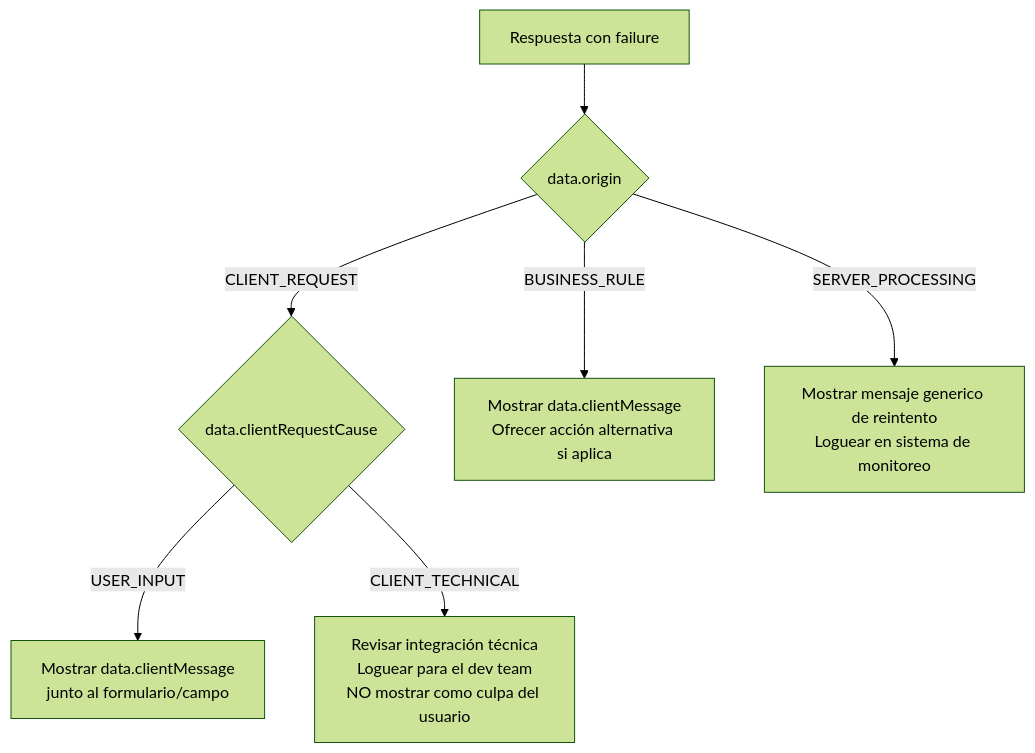
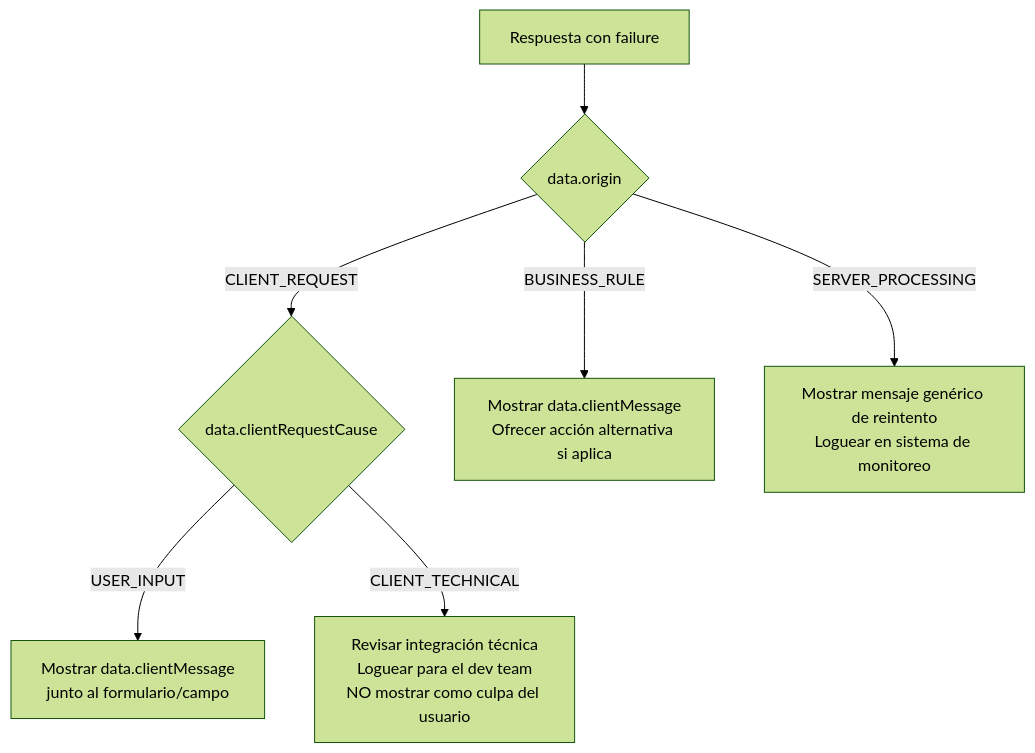
Before and after one commit to cmartinezs/keygo-server: the seventh of 7 diagrams in docs/api/AUTH_FLOW.md, drawn with Mermaid (forest theme). The commit also changed other lines of this file and 23 other files, not shown here.

````diff
--- a/docs/api/AUTH_FLOW.md
+++ b/docs/api/AUTH_FLOW.md
@@ -1214,9 +1214,9 @@
 ```mermaid
 flowchart TD
     E[Respuesta con failure] --> A{data.origin}
     A -->|CLIENT_REQUEST| B{data.clientRequestCause}
     A -->|BUSINESS_RULE| G[Mostrar data.clientMessage\nOfrecer acción alternativa si aplica]
-    A -->|SERVER_PROCESSING| H[Mostrar mensaje generico de reintento\nLoguear en sistema de monitoreo]
+    A -->|SERVER_PROCESSING| H[Mostrar mensaje genérico de reintento\nLoguear en sistema de monitoreo]
     B -->|USER_INPUT| C[Mostrar data.clientMessage\njunto al formulario/campo]
     B -->|CLIENT_TECHNICAL| D[Revisar integración técnica\nLoguear para el dev team\nNO mostrar como culpa del usuario]
 ```
````
